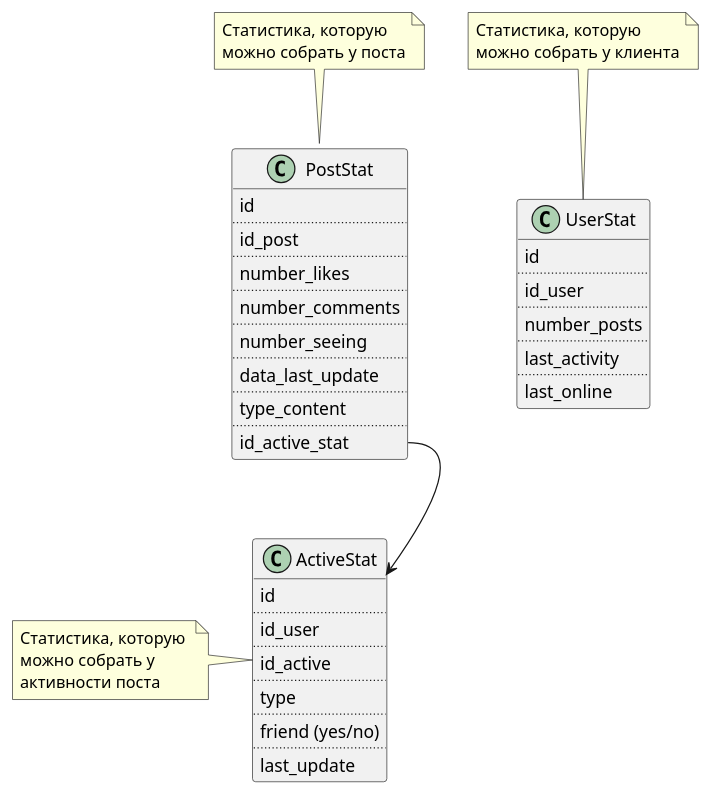
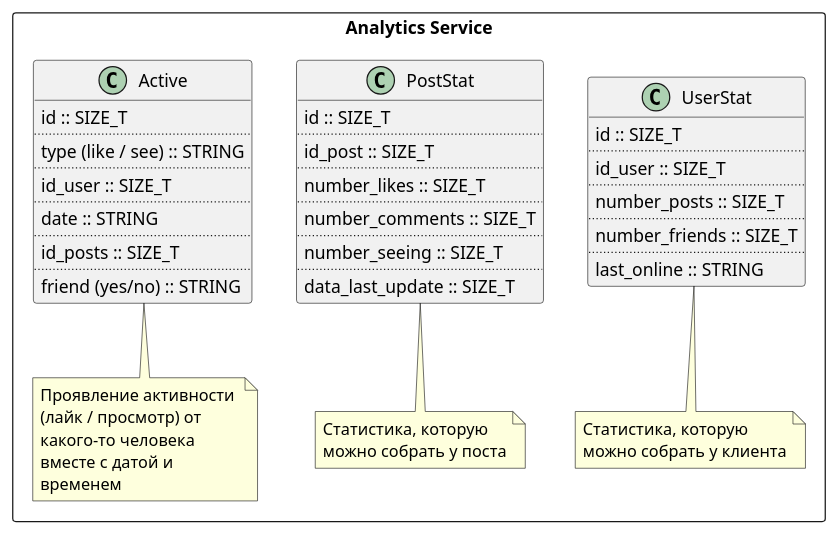
The diagram in docs/AnalyticsService/AnalyticsService.puml (KatrinaVl/COA), drawn with PlantUML before and after one commit. The commit also changed 1311 other files, not shown here.

```diff
--- a/docs/AnalyticsService/AnalyticsService.puml
+++ b/docs/AnalyticsService/AnalyticsService.puml
@@ -1,68 +1,69 @@
 @startuml
 
 
+package "Analytics Service" <<Rectangle>> {
+    
+
+
 class UserStat {
-    id
+    id :: SIZE_T
     ..
-    id_user
+    id_user :: SIZE_T
     ..
-    number_posts
+    number_posts :: SIZE_T
     ..
-    last_activity
+    number_friends :: SIZE_T
     ..
-    last_online
+    last_online :: STRING
 }
 
-note top of UserStat
+note bottom of UserStat
 Статистика, которую 
 можно собрать у клиента
 end note
 
 
 class PostStat {
-    id
+    id :: SIZE_T
     ..
-    id_post
+    id_post :: SIZE_T
     ..
-    number_likes
+    number_likes :: SIZE_T
     ..
-    number_comments
+    number_comments :: SIZE_T
     ..
-    number_seeing
+    number_seeing :: SIZE_T
     ..
-    data_last_update
-    ..
-    type_content
-    ..
-    id_active_stat
+    data_last_update :: SIZE_T
 }
 
-note top of PostStat
+note bottom of PostStat
 Статистика, которую 
 можно собрать у поста
 end note
 
-class ActiveStat {
-    id
+class Active {
+    id :: SIZE_T
     ..
-    id_user
+    type (like / see) :: STRING
     ..
-    id_active
+    id_user :: SIZE_T
     ..
-    type
+    date :: STRING
     ..
-    friend (yes/no)
+    id_posts :: SIZE_T
     ..
-    last_update
+    friend (yes/no) :: STRING
 }
 
-note left of ActiveStat
-Статистика, которую 
-можно собрать у
-активности поста
+note bottom of Active
+Проявление активности 
+(лайк / просмотр) от 
+какого-то человека
+вместе с датой и 
+временем
 end note
 
-
-PostStat::id_active_stat --> ActiveStat
+}
 
 @enduml
```
